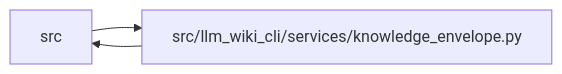
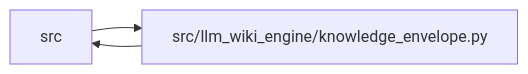
Before and after one commit to Denissvgn/python-wiki-llm: the diagram in docs/llm_wiki/modules/knowledge_envelope.md, drawn with Mermaid. The commit also changed other lines of this file and 1058 other files, not shown here.

First line of the commit message:
docs: refresh the wiki for the knowledge store move

````diff
--- a/docs/llm_wiki/modules/knowledge_envelope.md
+++ b/docs/llm_wiki/modules/knowledge_envelope.md
@@ -40,8 +40,8 @@
 ```mermaid
 flowchart LR
     n0["src"]
-    n1["src/llm_wiki_cli/services/knowledge_envelope.py"]
+    n1["src/llm_wiki_engine/knowledge_envelope.py"]
     n0 --> n1
     n1 --> n0
     click n1 "../modules/knowledge_envelope.md"
 ```
````
